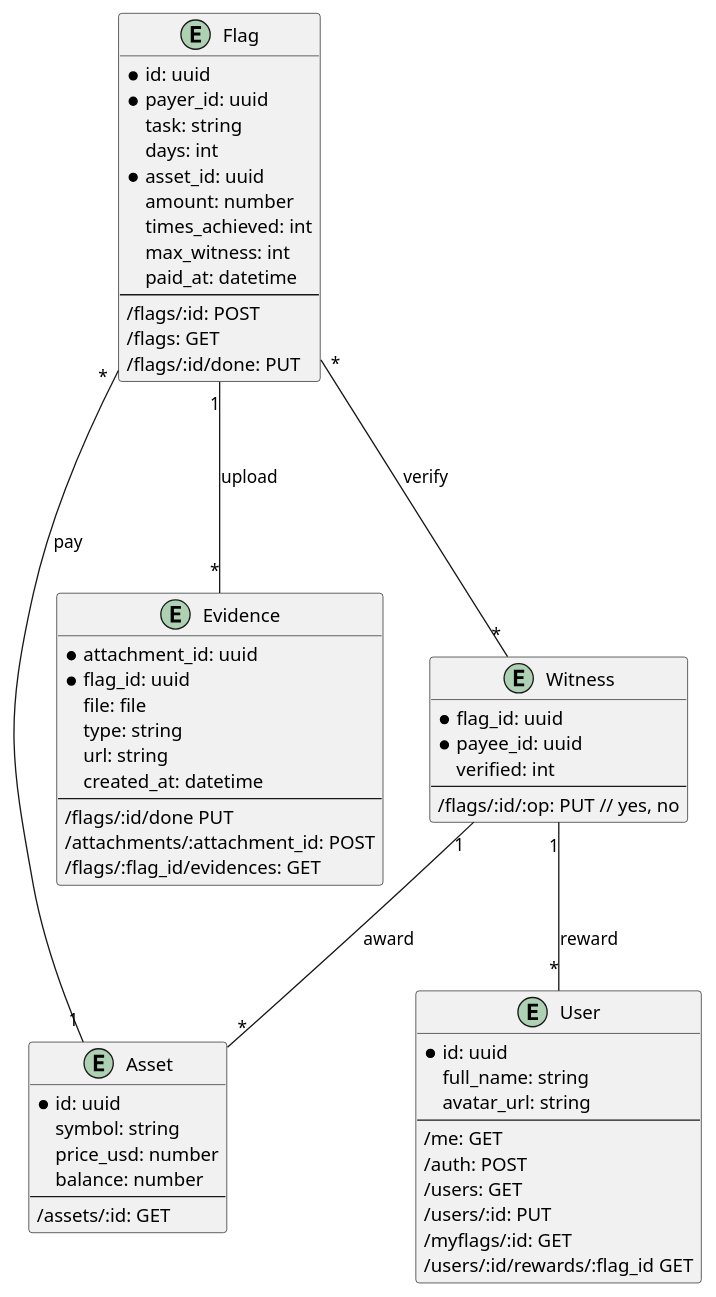
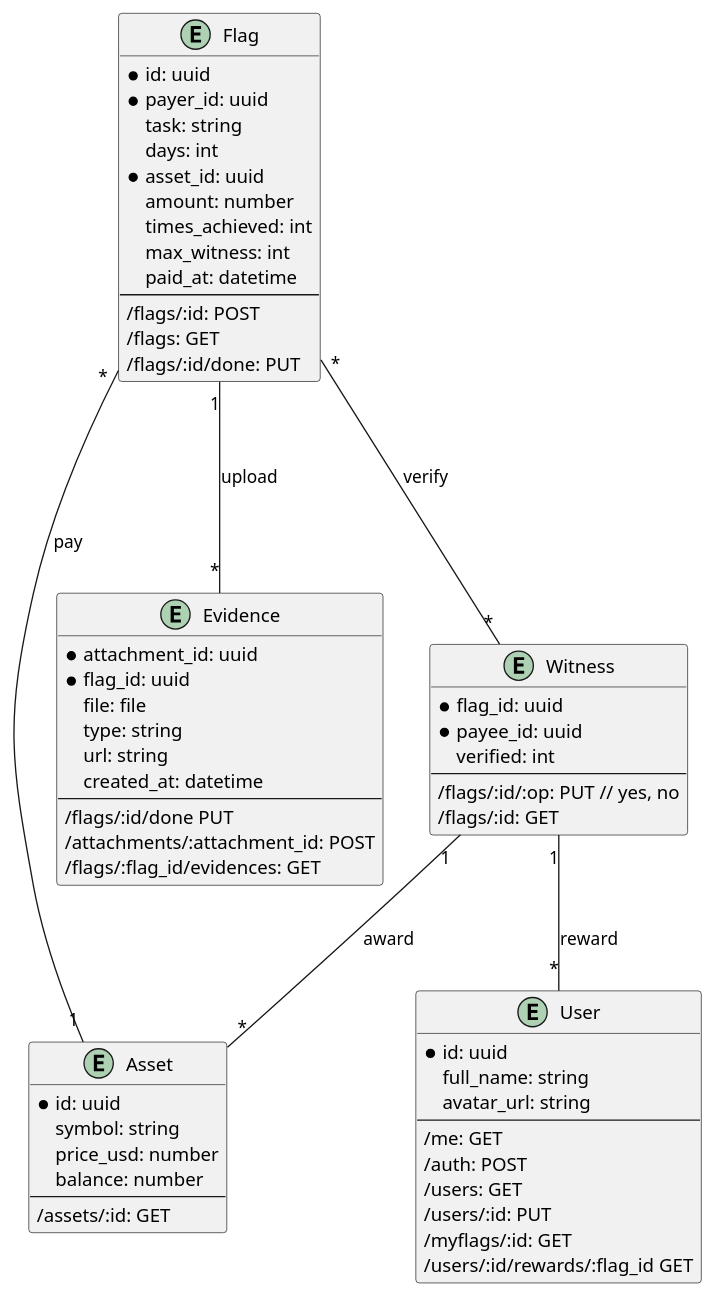
One commit to PioneerDev/setflags changed the diagram in docs/models.puml. Above: the diagram before and after it, drawn with PlantUML. The commit also changed 3 other files, not shown here.

```diff
--- a/docs/models.puml
+++ b/docs/models.puml
@@ -1,68 +1,69 @@
-@startuml
+@startuml models
 
 entity User {
    * id: uuid
    full_name: string
    avatar_url: string
    --
    /me: GET
    /auth: POST
    /users: GET
    /users/:id: PUT
    /myflags/:id: GET
    /users/:id/rewards/:flag_id GET
 }
 
 entity Flag {
     * id: uuid
     * payer_id: uuid
     task: string
     days: int
     * asset_id: uuid
     amount: number
     times_achieved: int
     max_witness: int
     paid_at: datetime
     --
     /flags/:id: POST
     /flags: GET
     /flags/:id/done: PUT
 }
 
 entity Asset {
     * id: uuid
     symbol: string
     price_usd: number
     balance: number
     --
     /assets/:id: GET
 }
 
 entity Evidence {
     * attachment_id: uuid
     * flag_id: uuid
     file: file
     type: string
     url: string
     created_at: datetime
     --
     /flags/:id/done PUT
     /attachments/:attachment_id: POST
     /flags/:flag_id/evidences: GET
 }
 
 entity Witness {
     * flag_id: uuid
     * payee_id: uuid
     verified: int
     --
     /flags/:id/:op: PUT // yes, no
+    /flags/:id: GET
 }
 
 Flag "1" --- "*" Evidence: upload
 Flag "*" --- "1" Asset: pay
 Flag "*" --- "*" Witness: verify
 Witness "1" -- "*" Asset: award 
 Witness "1" -- "*" User: reward 
 
 @enduml
```
